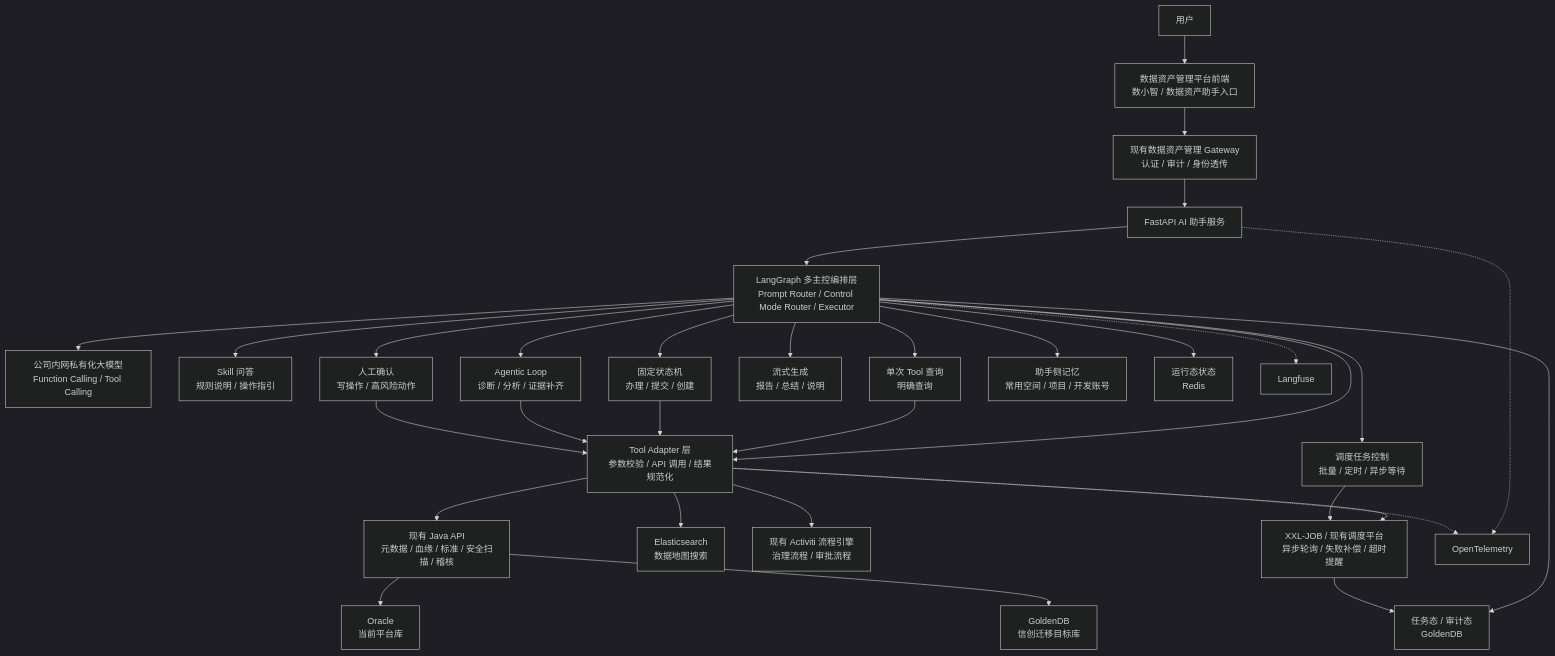
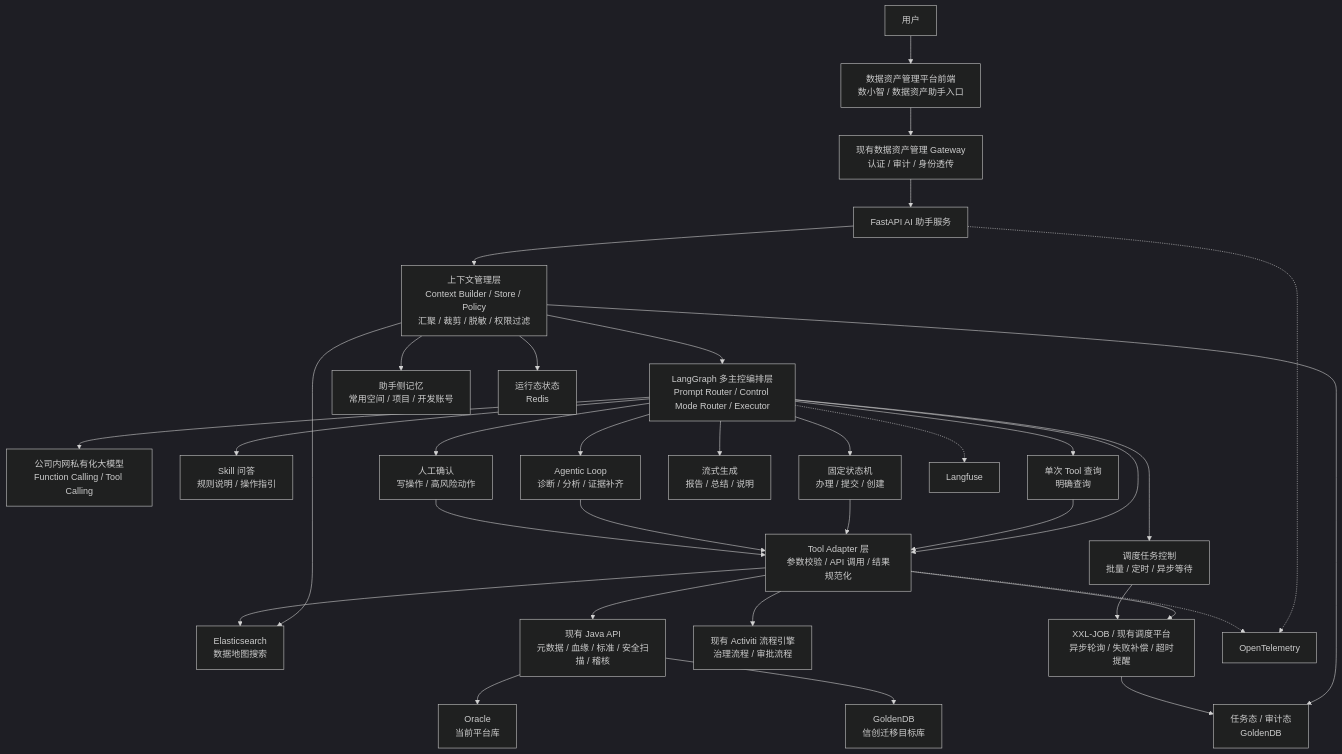
Before and after one commit to ShaneLiu001/dataasset: the first of 2 diagrams in 数据资产助手/05-数据资产助手技术选型方案.md, drawn with Mermaid (dark theme). The commit also changed other lines of this file and 11 other files, not shown here.

````diff
--- a/数据资产助手/05-数据资产助手技术选型方案.md
+++ b/数据资产助手/05-数据资产助手技术选型方案.md
@@ -40,40 +42,42 @@
 ```mermaid
 flowchart TB
   User[用户] --> Web[数据资产管理平台前端<br/>数小智 / 数据资产助手入口]
   Web --> Gateway[现有数据资产管理 Gateway<br/>认证 / 审计 / 身份透传]
 
   Gateway --> Assistant[FastAPI AI 助手服务]
-  Assistant --> Graph[LangGraph 多主控编排层<br/>Prompt Router / Control Mode Router / Executor]
+  Assistant --> Context[上下文管理层<br/>Context Builder / Store / Policy<br/>汇聚 / 裁剪 / 脱敏 / 权限过滤]
+  Context --> Graph[LangGraph 多主控编排层<br/>Prompt Router / Control Mode Router / Executor]
   Graph --> LLM[公司内网私有化大模型<br/>Function Calling / Tool Calling]
 
   Graph --> SkillCtl[Skill 问答<br/>规则说明 / 操作指引]
   Graph --> ToolCtl[单次 Tool 查询<br/>明确查询]
   Graph --> StateCtl[固定状态机<br/>办理 / 提交 / 创建]
   Graph --> LoopCtl[Agentic Loop<br/>诊断 / 分析 / 证据补齐]
   Graph --> StreamCtl[流式生成<br/>报告 / 总结 / 说明]
   Graph --> ConfirmCtl[人工确认<br/>写操作 / 高风险动作]
 
-  Graph --> Memory[助手侧记忆<br/>常用空间 / 项目 / 开发账号]
-  Graph --> RuntimeState[运行态状态<br/>Redis]
-  Graph --> TaskState[任务态 / 审计态<br/>GoldenDB]
+  Context --> Memory[助手侧记忆<br/>常用空间 / 项目 / 开发账号]
+  Context --> RuntimeState[运行态状态<br/>Redis]
+  Context --> TaskState[任务态 / 审计态<br/>GoldenDB]
+  Context --> ES[Elasticsearch<br/>数据地图搜索]
 
   Graph --> ToolLayer[Tool Adapter 层<br/>参数校验 / API 调用 / 结果规范化]
   ToolCtl --> ToolLayer
   StateCtl --> ToolLayer
   LoopCtl --> ToolLayer
   ConfirmCtl --> ToolLayer
   ToolLayer --> JavaAPI[现有 Java API<br/>元数据 / 血缘 / 标准 / 安全扫描 / 稽核]
-  ToolLayer --> ES[Elasticsearch<br/>数据地图搜索]
+  ToolLayer --> ES
   ToolLayer --> Activiti[现有 Activiti 流程引擎<br/>治理流程 / 审批流程]
   ToolLayer --> Scheduler[XXL-JOB / 现有调度平台<br/>异步轮询 / 失败补偿 / 超时提醒]
   Graph --> SchedulerCtl[调度任务控制<br/>批量 / 定时 / 异步等待]
   SchedulerCtl --> Scheduler
 
   JavaAPI --> Oracle[Oracle<br/>当前平台库]
   JavaAPI --> GoldenDB[GoldenDB<br/>信创迁移目标库]
   Scheduler --> TaskState
 
   Assistant -.-> OTel[OpenTelemetry]
   Graph -.-> Langfuse[Langfuse]
   ToolLayer -.-> OTel
 ```
````
